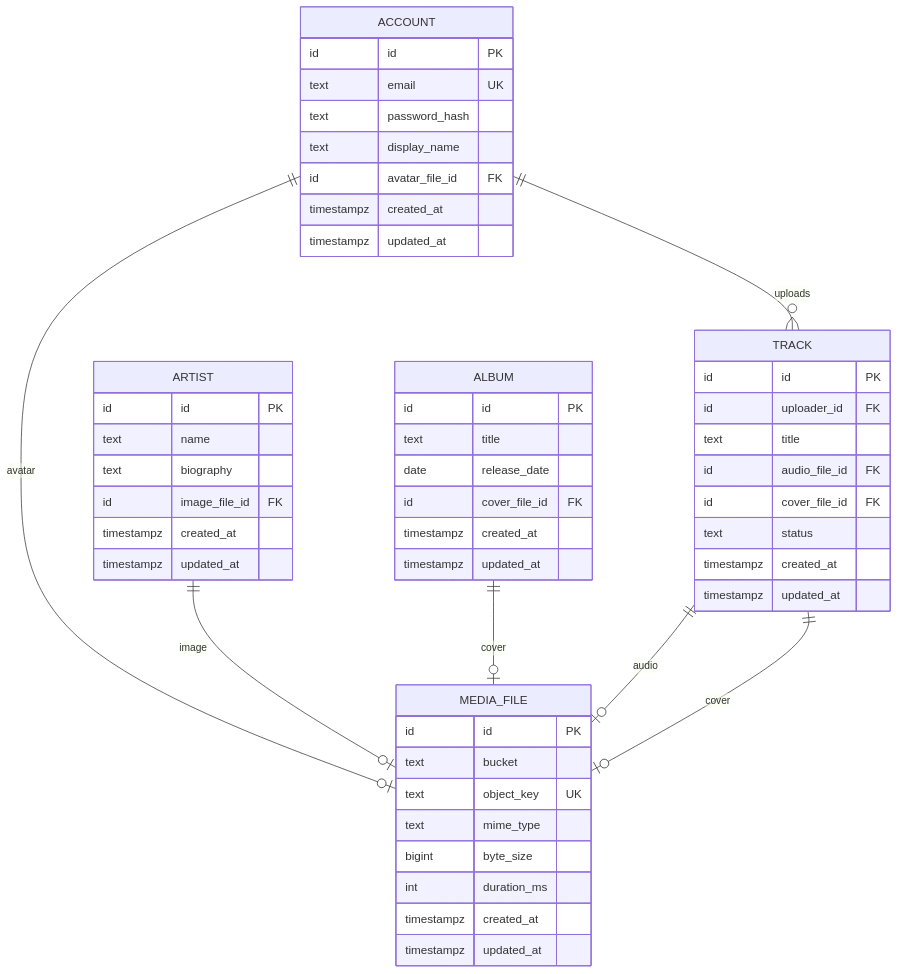
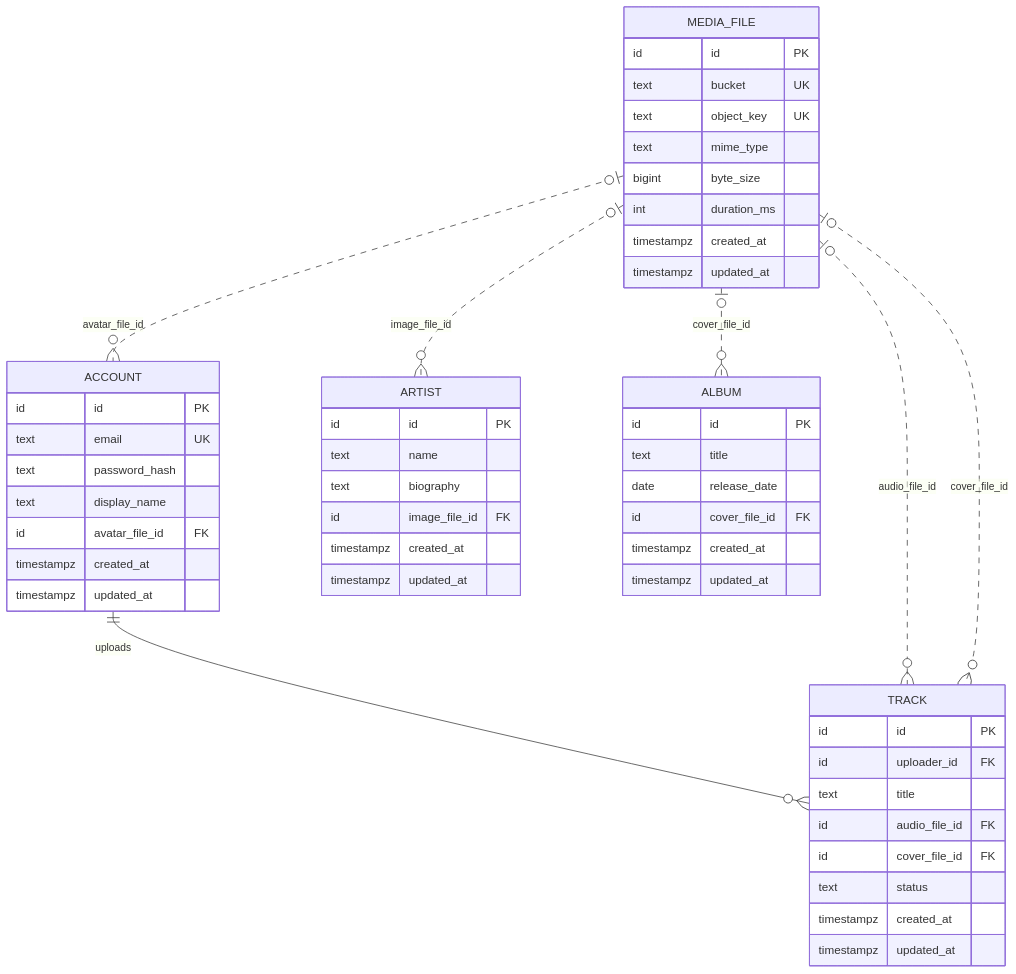
One commit to go-park-mail-ru/2026_2_Na_Vse_200 changed the first of 4 diagrams in db/normalized/er.md. Above: the diagram before and after it, drawn with Mermaid. The commit also changed other lines of this file and 1 other file, not shown here.

````diff
--- a/db/normalized/er.md
+++ b/db/normalized/er.md
@@ -5,55 +5,55 @@
 ```mermaid
 erDiagram
     ACCOUNT {
         id id PK
         text email UK
         text password_hash
         text display_name
         id avatar_file_id FK
         timestampz created_at
         timestampz updated_at
     }
     MEDIA_FILE {
         id id PK
-        text bucket
+        text bucket UK
         text object_key UK
         text mime_type
         bigint byte_size
         int duration_ms
         timestampz created_at
         timestampz updated_at
     }
     ARTIST {
         id id PK
         text name
         text biography
         id image_file_id FK
         timestampz created_at
         timestampz updated_at
     }
     ALBUM {
         id id PK
         text title
         date release_date
         id cover_file_id FK
         timestampz created_at
         timestampz updated_at
     }
     TRACK {
         id id PK
         id uploader_id FK
         text title
         id audio_file_id FK
         id cover_file_id FK
         text status
         timestampz created_at
         timestampz updated_at
     }
 
     ACCOUNT ||--o{ TRACK : "uploads"
-    ACCOUNT ||--o| MEDIA_FILE : "avatar"
-    ARTIST ||--o| MEDIA_FILE : "image"
-    ALBUM ||--o| MEDIA_FILE : "cover"
-    TRACK ||--o| MEDIA_FILE : "audio"
-    TRACK ||--o| MEDIA_FILE : "cover"
+    MEDIA_FILE |o..o{ ACCOUNT : "avatar_file_id"
+    MEDIA_FILE |o..o{ ARTIST : "image_file_id"
+    MEDIA_FILE |o..o{ ALBUM : "cover_file_id"
+    MEDIA_FILE |o..o{ TRACK : "audio_file_id"
+    MEDIA_FILE |o..o{ TRACK : "cover_file_id"
 ```
````
